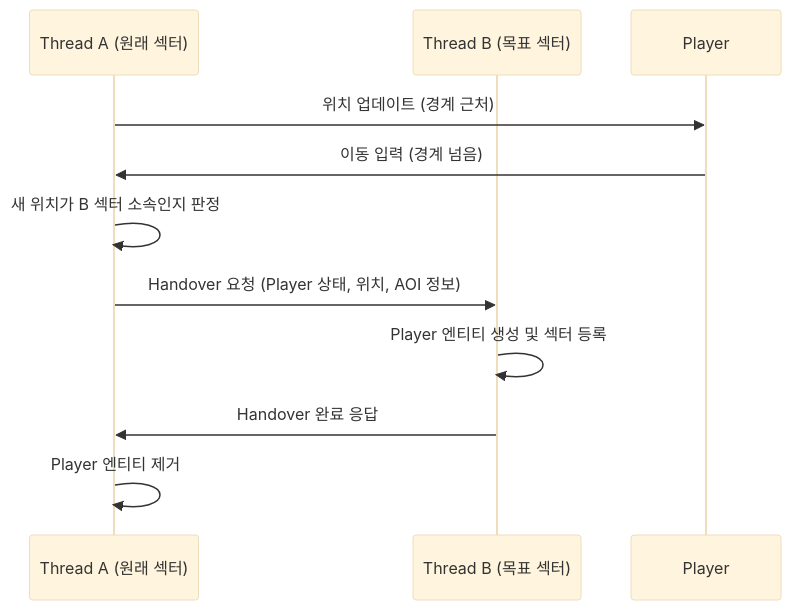
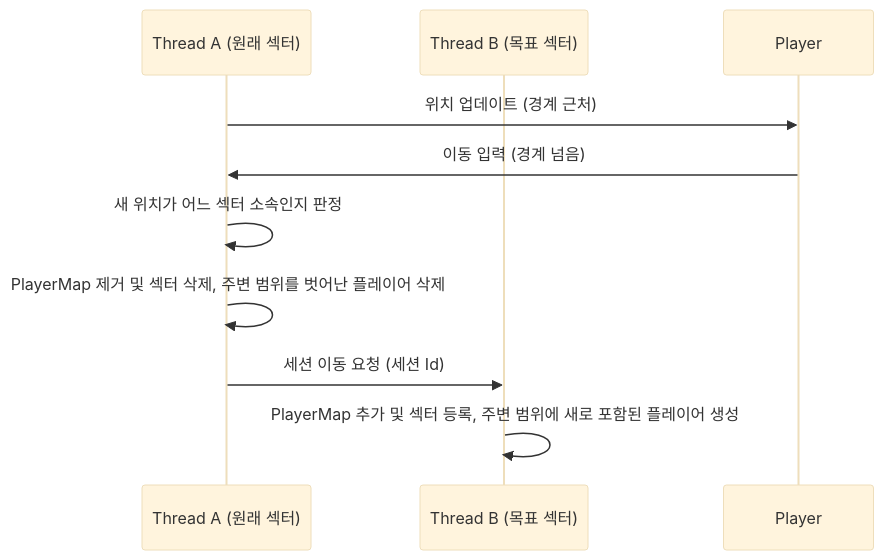
One commit to devMains/MMORPG-Portfolio changed the second of 3 diagrams in 2. Servers/GameServer/Architecture.md. Above: the diagram before and after it, drawn with Mermaid (base theme). The commit also changed other lines of this file, not shown here.

````diff
--- a/2. Servers/GameServer/Architecture.md
+++ b/2. Servers/GameServer/Architecture.md
@@ -72,14 +101,13 @@
 ```mermaid
 sequenceDiagram
     participant T1 as Thread A (원래 섹터)
     participant T2 as Thread B (목표 섹터)
     participant P as Player
     
     T1->>P: 위치 업데이트 (경계 근처)
     P->>T1: 이동 입력 (경계 넘음)
-    T1->>T1: 새 위치가 B 섹터 소속인지 판정
-    T1->>T2: Handover 요청 (Player 상태, 위치, AOI 정보)
-    T2->>T2: Player 엔티티 생성 및 섹터 등록
-    T2->>T1: Handover 완료 응답
-    T1->>T1: Player 엔티티 제거
+    T1->>T1: 새 위치가 어느 섹터 소속인지 판정
+    T1->>T1: PlayerMap 제거 및 섹터 삭제, 주변 범위를 벗어난 플레이어 삭제
+    T1->>T2: 세션 이동 요청 (세션 Id)
+    T2->>T2: PlayerMap 추가 및 섹터 등록, 주변 범위에 새로 포함된 플레이어 생성
 ```
````
